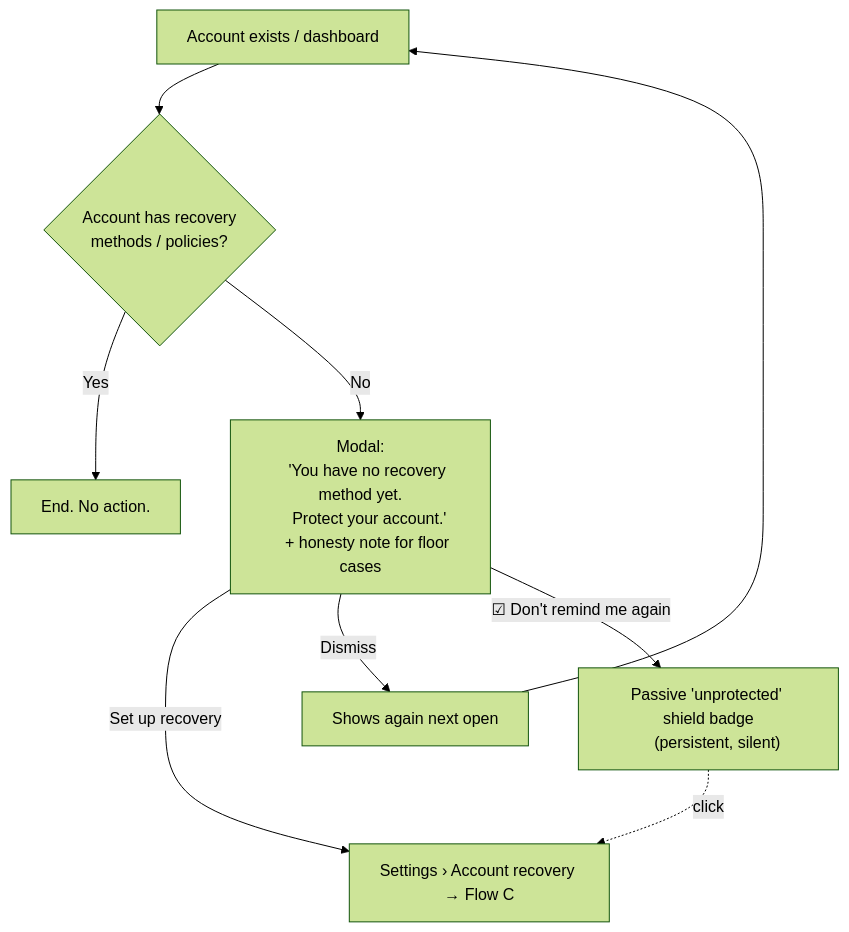
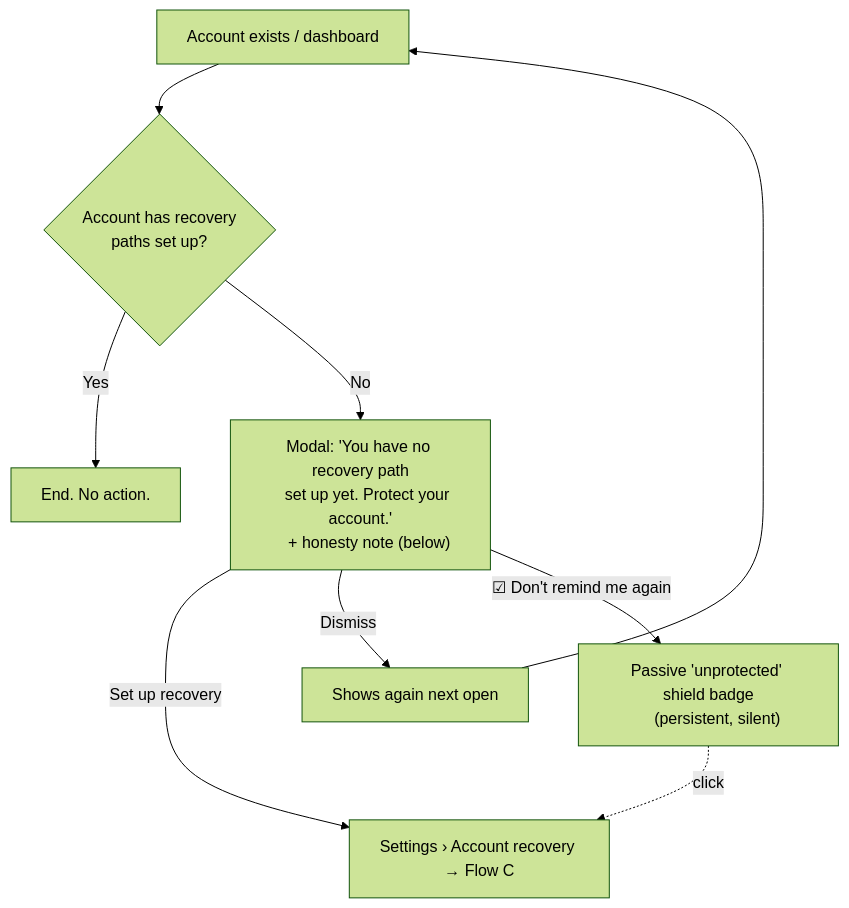
One commit to FiboAtWonder/kohaku-extension changed the third of 10 diagrams in social-recovery-ux-flows.md. Above: the diagram before and after it, drawn with Mermaid (forest theme). The commit also changed other lines of this file, not shown here.

Commit message:
docs: apply approved 6-perspective review fixes to social recovery UX flows

````diff
--- a/social-recovery-ux-flows.md
+++ b/social-recovery-ux-flows.md
@@ -63,16 +71,15 @@
 ```mermaid
 flowchart TD
     A[Account exists / dashboard] --> B{"Account has recovery
-    methods / policies?"}
+    paths set up?"}
     B -- Yes --> C[End. No action.]
-    B -- No --> D["Modal:
-    'You have no recovery method yet.
-    Protect your account.'
-    + honesty note for floor cases"]
+    B -- No --> D["Modal: 'You have no recovery path
+    set up yet. Protect your account.'
+    + honesty note (below)"]
     D -->|Set up recovery| G[Settings › Account recovery → Flow C]
     D -->|Dismiss| F[Shows again next open]
     F --> A
     D -->|☑ Don't remind me again| H["Passive 'unprotected' shield badge
     (persistent, silent)"]
     H -. click .-> G
 ```
````
